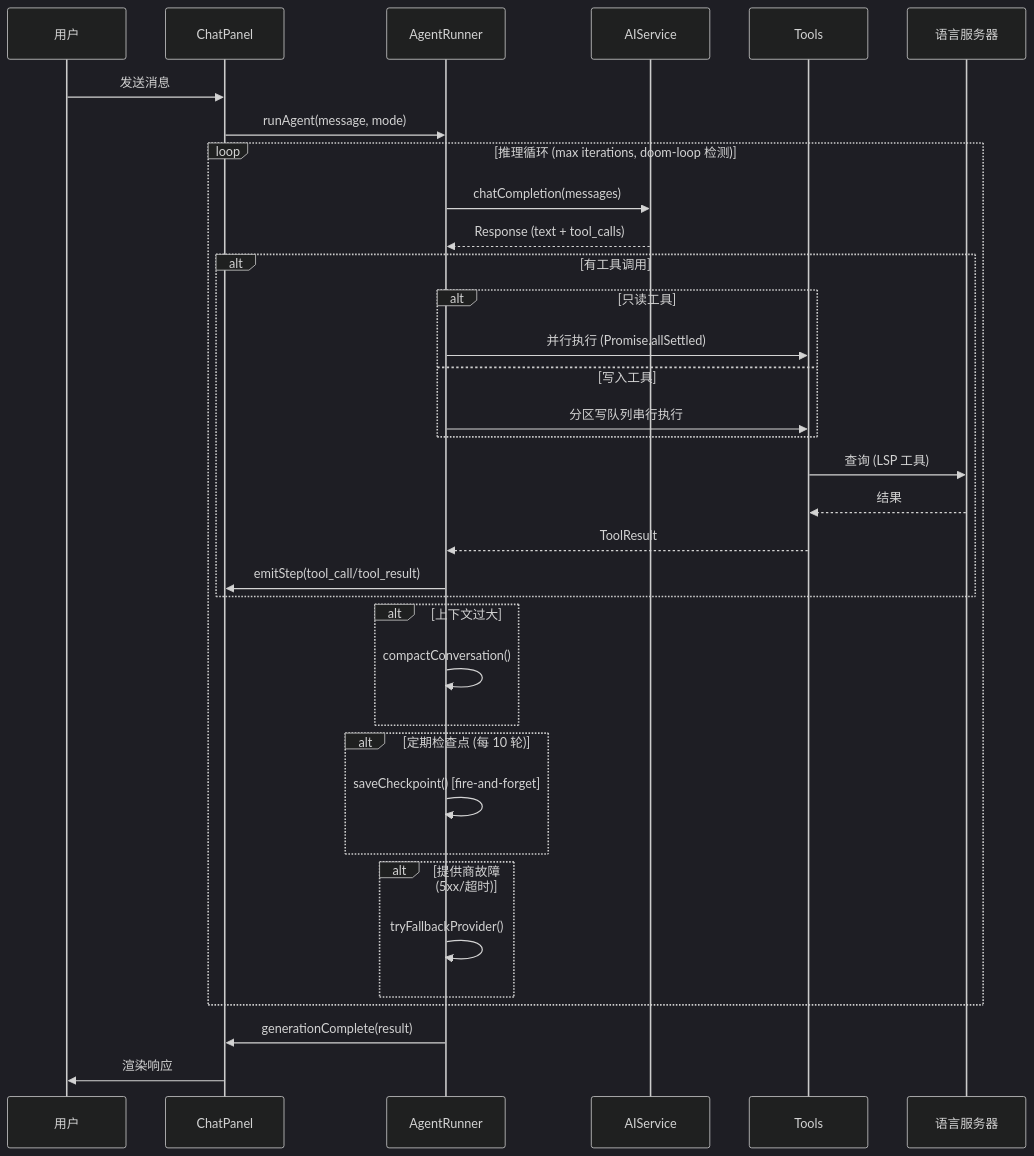
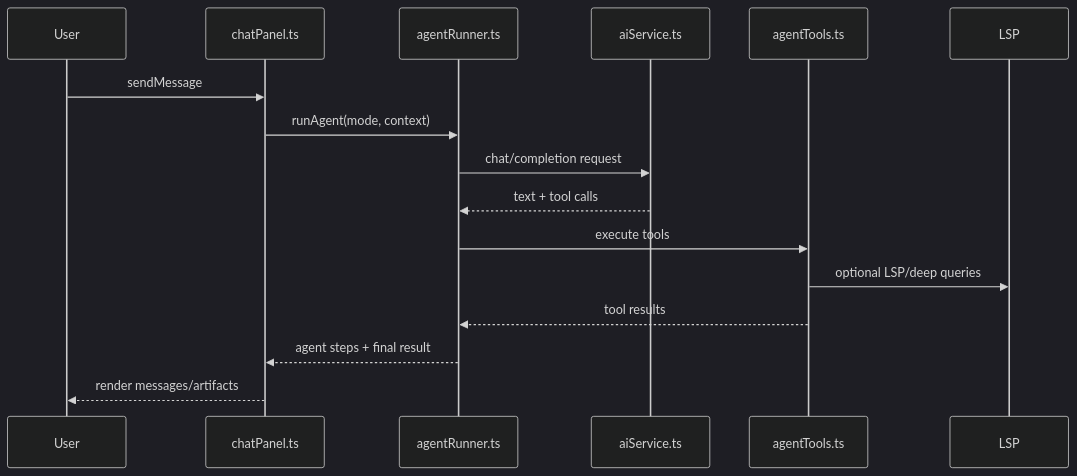
Before and after one commit to Aa728848/cwtools-vscode: the second of 2 diagrams in ARCHITECTURE.md, drawn with Mermaid (dark theme). The commit also changed other lines of this file and 3 other files, not shown here.

````diff
--- a/ARCHITECTURE.md
+++ b/ARCHITECTURE.md
@@ -188,44 +61,19 @@
 ```mermaid
 sequenceDiagram
-    participant U as 用户
-    participant CP as ChatPanel
-    participant AR as AgentRunner
-    participant AI as AIService
-    participant T as Tools
-    participant LSP as 语言服务器
+    participant User as User
+    participant Chat as chatPanel.ts
+    participant Runner as agentRunner.ts
+    participant Service as aiService.ts
+    participant Tools as agentTools.ts
+    participant LSP as LSP
 
-    U->>CP: 发送消息
-    CP->>AR: runAgent(message, mode)
-    
-    loop 推理循环 (max iterations, doom-loop 检测)
-        AR->>AI: chatCompletion(messages)
-        AI-->>AR: Response (text + tool_calls)
-        
-        alt 有工具调用
-            alt 只读工具
-                AR->>T: 并行执行 (Promise.allSettled)
-            else 写入工具
-                AR->>T: 分区写队列串行执行
-            end
-            T->>LSP: 查询 (LSP 工具)
-            LSP-->>T: 结果
-            T-->>AR: ToolResult
-            AR->>CP: emitStep(tool_call/tool_result)
-        end
-        
-        alt 上下文过大
-            AR->>AR: compactConversation()
-        end
-        
-        alt 定期检查点 (每 10 轮)
-            AR->>AR: saveCheckpoint() [fire-and-forget]
-        end
-        
-        alt 提供商故障 (5xx/超时)
-            AR->>AR: tryFallbackProvider()
-        end
-    end
-    
-    AR->>CP: generationComplete(result)
-    CP->>U: 渲染响应
+    User->>Chat: sendMessage
+    Chat->>Runner: runAgent(mode, context)
+    Runner->>Service: chat/completion request
+    Service-->>Runner: text + tool calls
+    Runner->>Tools: execute tools
+    Tools->>LSP: optional LSP/deep queries
+    Tools-->>Runner: tool results
+    Runner-->>Chat: agent steps + final result
+    Chat-->>User: render messages/artifacts
 ```
````
